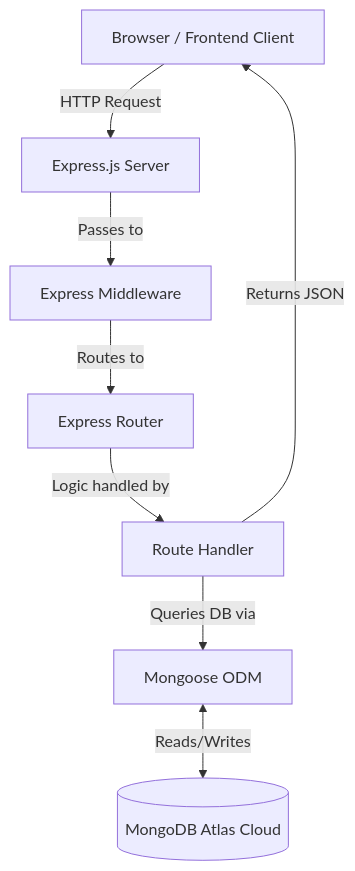
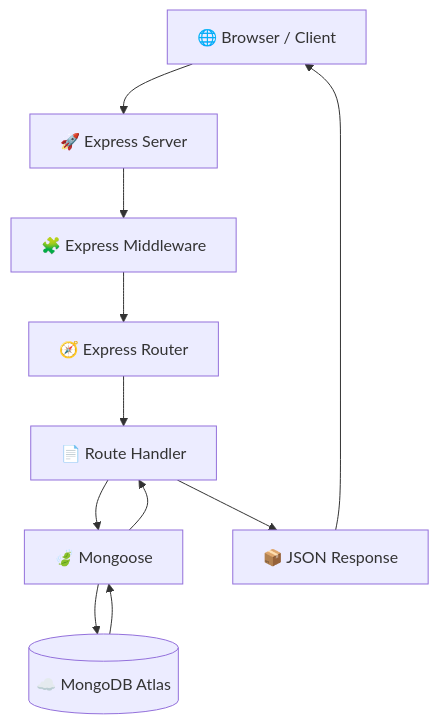
The first of 2 diagrams in user-crud-api/README.md (manisaimuralithatipelli/Web-development-), drawn with Mermaid before and after one commit. The commit also changed other lines of this file, not shown here.

````diff
--- a/user-crud-api/README.md
+++ b/user-crud-api/README.md
@@ -71,11 +171,13 @@
 ```mermaid
-graph TD;
-    Client[Browser / Frontend Client] -->|HTTP Request| Server[Express.js Server]
-    Server -->|Passes to| Middleware[Express Middleware]
-    Middleware -->|Routes to| Router[Express Router]
-    Router -->|Logic handled by| Handler[Route Handler]
-    Handler -->|Queries DB via| Mongoose[Mongoose ODM]
-    Mongoose <-->|Reads/Writes| DB[(MongoDB Atlas Cloud)]
-    Handler -->|Returns JSON| Client
-
+flowchart TD
+    A[🌐 Browser / Client] --> B[🚀 Express Server]
+    B --> C[🧩 Express Middleware]
+    C --> D[🧭 Express Router]
+    D --> E[📄 Route Handler]
+    E --> F[🍃 Mongoose]
+    F --> G[(☁️ MongoDB Atlas)]
+    G --> F
+    F --> E
+    E --> H[📦 JSON Response]
+    H --> A
 ```
````
